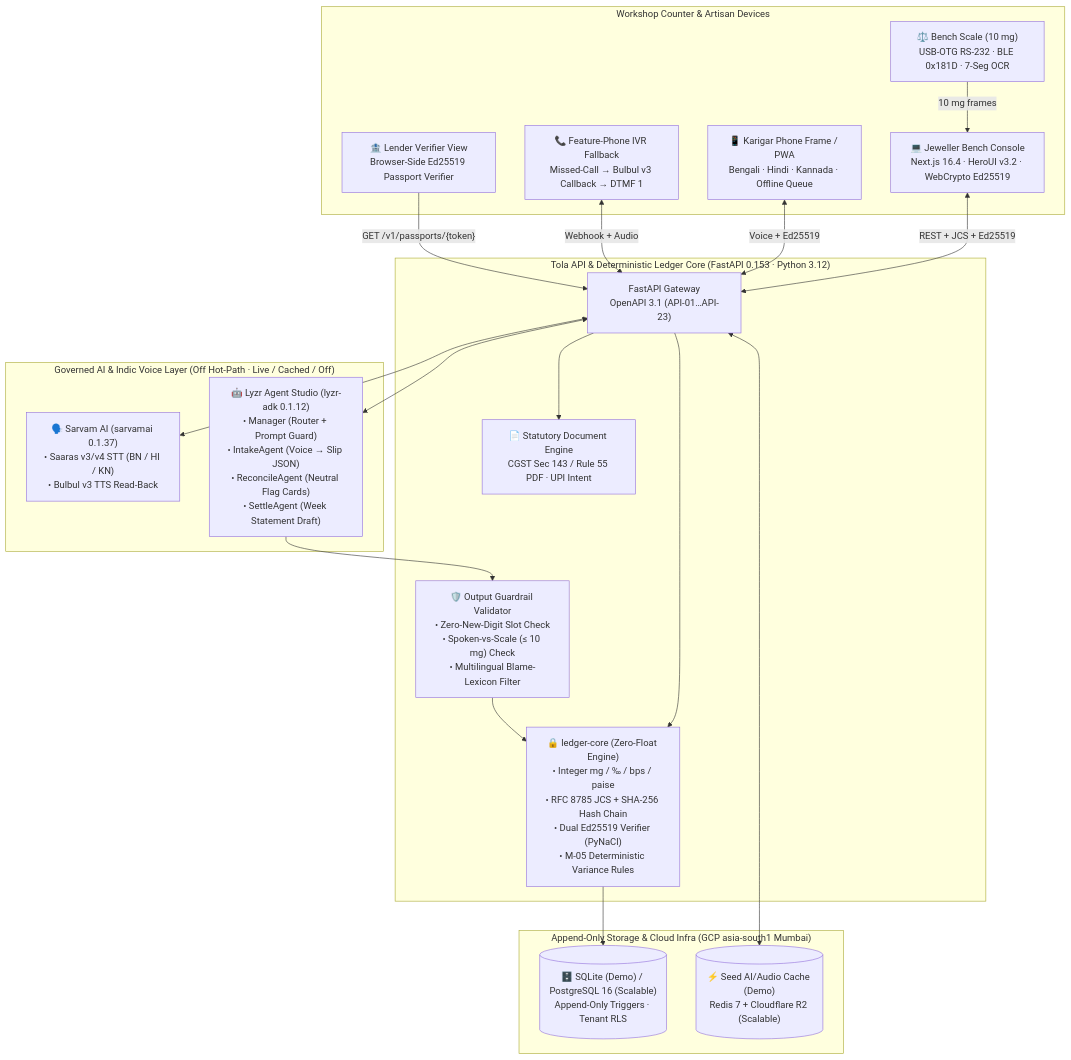
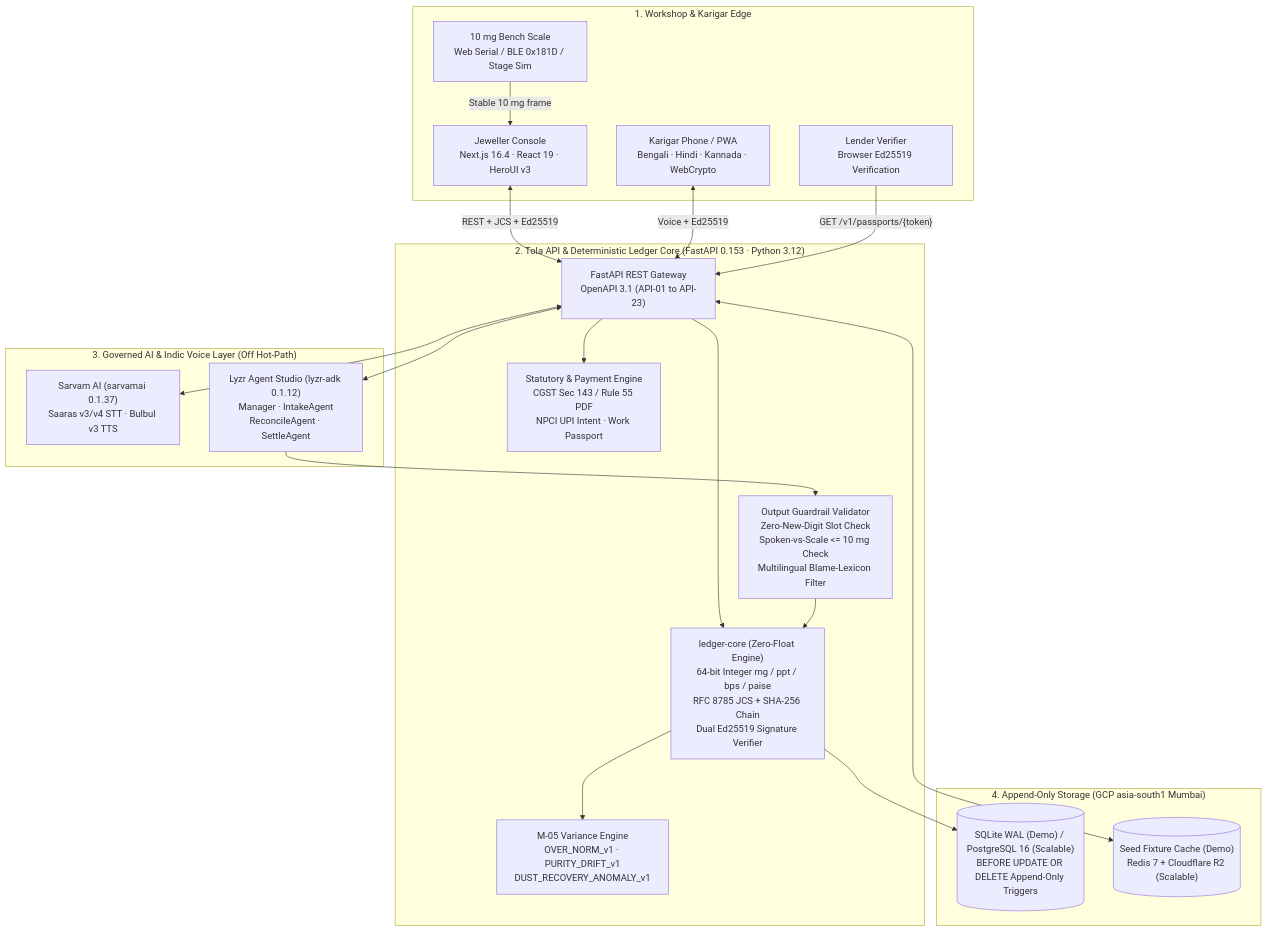
The first of 2 diagrams in README.md (harshadd-ops/Tola), drawn with Mermaid before and after one commit. The commit also changed other lines of this file and 27 other files, not shown here.

Commit message:
docs(readme): redesign into minimalist open-source README, remove slide screenshots & badges, fix KaTeX math mode, add figure captions and MIT LICENSE

````diff
--- a/README.md
+++ b/README.md
@@ -245,41 +165,41 @@
 ```mermaid
 flowchart TB
-  subgraph Edge["Workshop Counter & Artisan Devices"]
-    Scale["⚖️ Bench Scale (10 mg)\nUSB-OTG RS-232 · BLE 0x181D · 7-Seg OCR"]
-    JWeb["💻 Jeweller Bench Console\nNext.js 16.4 · HeroUI v3.2 · WebCrypto Ed25519"]
-    KPhone["📱 Karigar Phone Frame / PWA\nBengali · Hindi · Kannada · Offline Queue"]
-    IVR["📞 Feature-Phone IVR Fallback\nMissed-Call → Bulbul v3 Callback → DTMF 1"]
-    Lender["🏦 Lender Verifier View\nBrowser-Side Ed25519 Passport Verifier"]
+  subgraph Edge["1. Workshop & Karigar Edge"]
+    Scale["10 mg Bench Scale<br/>Web Serial / BLE 0x181D / Stage Sim"]
+    JConsole["Jeweller Console<br/>Next.js 16.4 · React 19 · HeroUI v3"]
+    KPhone["Karigar Phone / PWA<br/>Bengali · Hindi · Kannada · WebCrypto"]
+    LenderView["Lender Verifier<br/>Browser Ed25519 Verification"]
   end
 
-  subgraph Core["Tola API & Deterministic Ledger Core (FastAPI 0.153 · Python 3.12)"]
-    API["FastAPI Gateway\nOpenAPI 3.1 (API-01…API-23)"]
-    LedgerCore["🔒 ledger-core (Zero-Float Engine)\n• Integer mg / ‰ / bps / paise\n• RFC 8785 JCS + SHA-256 Hash Chain\n• Dual Ed25519 Verifier (PyNaCl)\n• M-05 Deterministic Variance Rules"]
-    Validator["🛡️ Output Guardrail Validator\n• Zero-New-Digit Slot Check\n• Spoken-vs-Scale (≤ 10 mg) Check\n• Multilingual Blame-Lexicon Filter"]
-    PDF["📄 Statutory Document Engine\nCGST Sec 143 / Rule 55 PDF · UPI Intent"]
+  subgraph Core["2. Tola API & Deterministic Ledger Core (FastAPI 0.153 · Python 3.12)"]
+    Gateway["FastAPI REST Gateway<br/>OpenAPI 3.1 (API-01 to API-23)"]
+    Ledger["ledger-core (Zero-Float Engine)<br/>64-bit Integer mg / ppt / bps / paise<br/>RFC 8785 JCS + SHA-256 Chain<br/>Dual Ed25519 Signature Verifier"]
+    Rules["M-05 Variance Engine<br/>OVER_NORM_v1 · PURITY_DRIFT_v1<br/>DUST_RECOVERY_ANOMALY_v1"]
+    Guard["Output Guardrail Validator<br/>Zero-New-Digit Slot Check<br/>Spoken-vs-Scale <= 10 mg Check<br/>Multilingual Blame-Lexicon Filter"]
+    Docs["Statutory & Payment Engine<br/>CGST Sec 143 / Rule 55 PDF<br/>NPCI UPI Intent · Work Passport"]
   end
 
-  subgraph AI["Governed AI & Indic Voice Layer (Off Hot-Path · Live / Cached / Off)"]
-    Sarvam["🗣️ Sarvam AI (sarvamai 0.1.37)\n• Saaras v3/v4 STT (BN / HI / KN)\n• Bulbul v3 TTS Read-Back"]
-    Lyzr["🤖 Lyzr Agent Studio (lyzr-adk 0.1.12)\n• Manager (Router + Prompt Guard)\n• IntakeAgent (Voice → Slip JSON)\n• ReconcileAgent (Neutral Flag Cards)\n• SettleAgent (Week Statement Draft)"]
+  subgraph AI["3. Governed AI & Indic Voice Layer (Off Hot-Path)"]
+    Sarvam["Sarvam AI (sarvamai 0.1.37)<br/>Saaras v3/v4 STT · Bulbul v3 TTS"]
+    Lyzr["Lyzr Agent Studio (lyzr-adk 0.1.12)<br/>Manager · IntakeAgent<br/>ReconcileAgent · SettleAgent"]
   end
 
-  subgraph Storage["Append-Only Storage & Cloud Infra (GCP asia-south1 Mumbai)"]
-    DB[("🗄️ SQLite (Demo) / PostgreSQL 16 (Scalable)\nAppend-Only Triggers · Tenant RLS")]
-    Cache[("⚡ Seed AI/Audio Cache (Demo)\nRedis 7 + Cloudflare R2 (Scalable)")]
+  subgraph Data["4. Append-Only Storage (GCP asia-south1 Mumbai)"]
+    DB[("SQLite WAL (Demo) / PostgreSQL 16 (Scalable)<br/>BEFORE UPDATE OR DELETE Append-Only Triggers")]
+    Store[("Seed Fixture Cache (Demo)<br/>Redis 7 + Cloudflare R2 (Scalable)")]
   end
 
-  Scale -->|"10 mg frames"| JWeb
-  JWeb <-->|"REST + JCS + Ed25519"| API
-  KPhone <-->|"Voice + Ed25519"| API
-  IVR <-->|"Webhook + Audio"| API
-  Lender -->|"GET /v1/passports/{token}"| API
-  API --> LedgerCore
-  LedgerCore --> DB
-  API <--> Sarvam
-  API <--> Lyzr
-  Lyzr --> Validator
-  Validator --> LedgerCore
-  API --> PDF
-  API <--> Cache
+  Scale -->|"Stable 10 mg frame"| JConsole
+  JConsole <-->|"REST + JCS + Ed25519"| Gateway
+  KPhone <-->|"Voice + Ed25519"| Gateway
+  LenderView -->|"GET /v1/passports/{token}"| Gateway
+  Gateway --> Ledger
+  Ledger --> Rules
+  Ledger --> DB
+  Gateway <--> Sarvam
+  Gateway <--> Lyzr
+  Lyzr --> Guard
+  Guard --> Ledger
+  Gateway --> Docs
+  Gateway <--> Store
 ```
````
